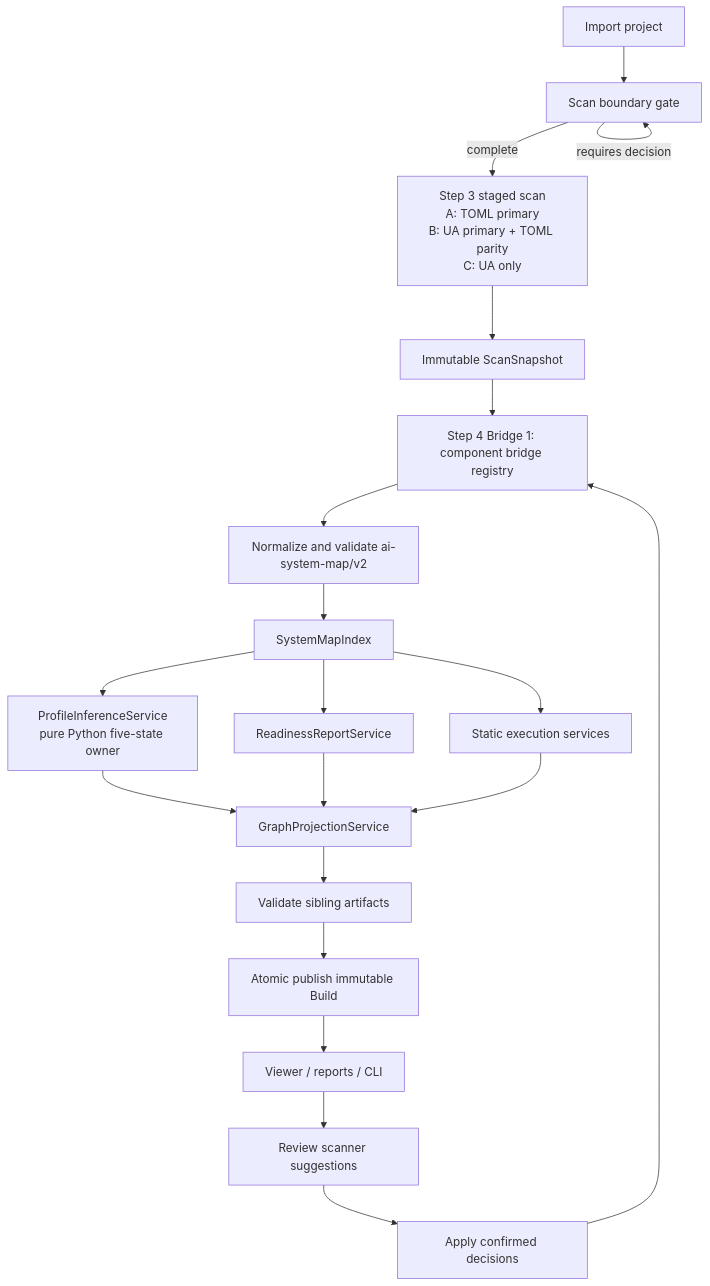
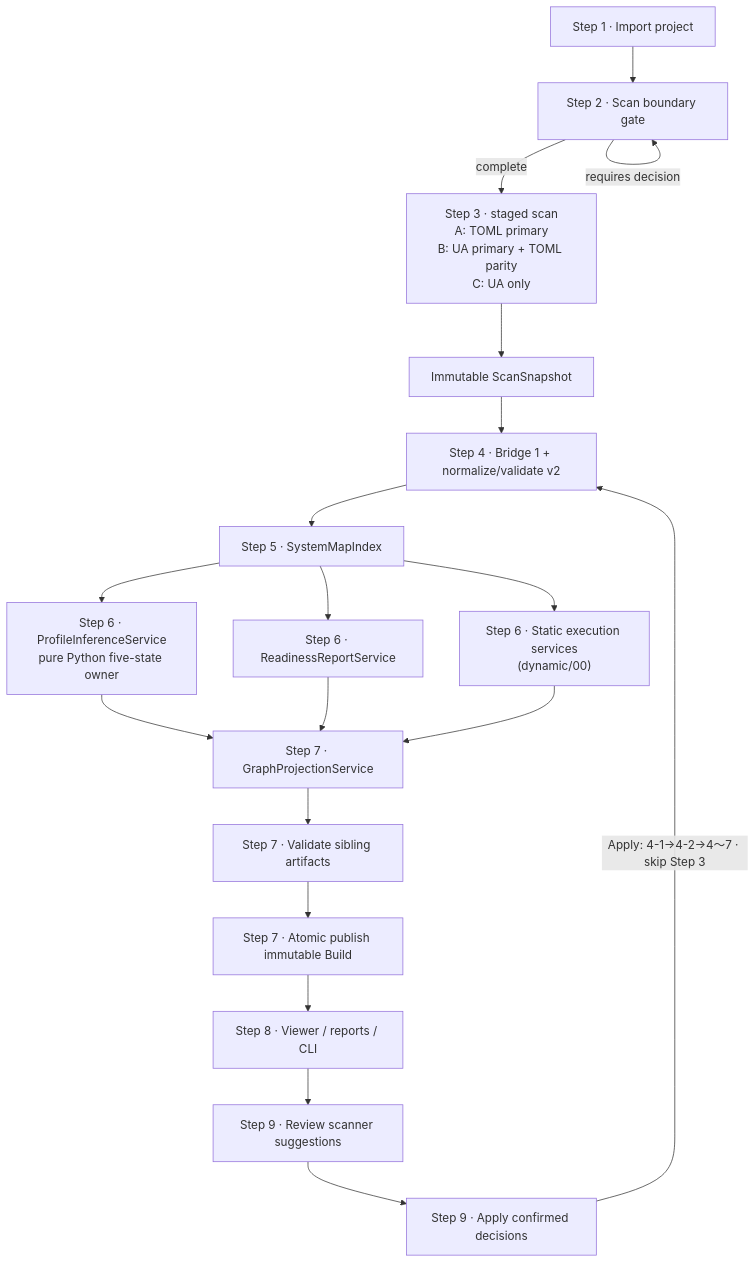
Before and after one commit to 1104030360/Systograph: the first of 2 diagrams in docs/design/epic1-phase2.md, drawn with Mermaid. The commit also changed other lines of this file and 36 other files, not shown here.

````diff
--- a/docs/design/epic1-phase2.md
+++ b/docs/design/epic1-phase2.md
@@ -204,22 +252,21 @@
 ```mermaid
 flowchart TD
-  A["Import project"] --> B["Scan boundary gate"]
-  B -->|complete| C["Step 3 staged scan\nA: TOML primary\nB: UA primary + TOML parity\nC: UA only"]
+  A["Step 1 · Import project"] --> B["Step 2 · Scan boundary gate"]
+  B -->|complete| C["Step 3 · staged scan\nA: TOML primary\nB: UA primary + TOML parity\nC: UA only"]
   B -->|requires decision| B
   C --> D["Immutable ScanSnapshot"]
-  D --> E["Step 4 Bridge 1: component bridge registry"]
-  E --> F["Normalize and validate ai-system-map/v2"]
-  F --> G["SystemMapIndex"]
-  G --> H2["ProfileInferenceService\npure Python five-state owner"]
-  G --> I["ReadinessReportService"]
-  G --> J["Static execution services"]
-  H2 --> K["GraphProjectionService"]
+  D --> E["Step 4 · Bridge 1 + normalize/validate v2"]
+  E --> F["Step 5 · SystemMapIndex"]
+  F --> H2["Step 6 · ProfileInferenceService\npure Python five-state owner"]
+  F --> I["Step 6 · ReadinessReportService"]
+  F --> J["Step 6 · Static execution services\n(dynamic/00)"]
+  H2 --> K["Step 7 · GraphProjectionService"]
   I --> K
   J --> K
-  K --> L["Validate sibling artifacts"]
-  L --> M["Atomic publish immutable Build"]
-  M --> N["Viewer / reports / CLI"]
-  N --> O["Review scanner suggestions"]
-  O --> P["Apply confirmed decisions"]
-  P --> E
+  K --> L["Step 7 · Validate sibling artifacts"]
+  L --> M["Step 7 · Atomic publish immutable Build"]
+  M --> N["Step 8 · Viewer / reports / CLI"]
+  N --> O["Step 9 · Review scanner suggestions"]
+  O --> P["Step 9 · Apply confirmed decisions"]
+  P -->|"Apply: 4-1→4-2→4～7 · skip Step 3"| E
 ```
````
